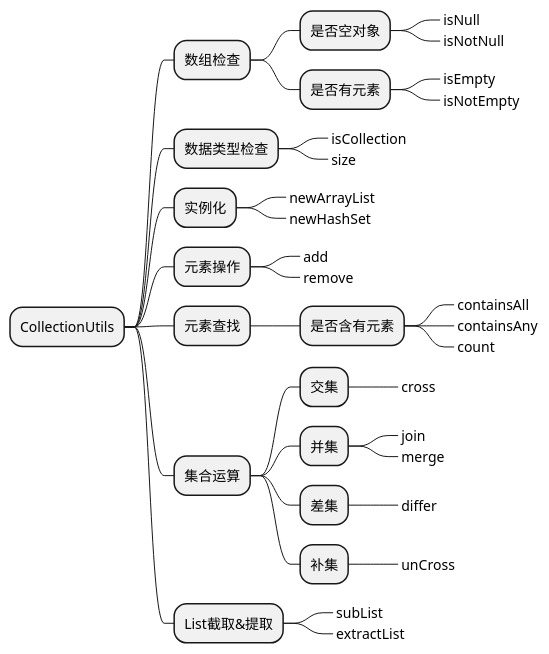
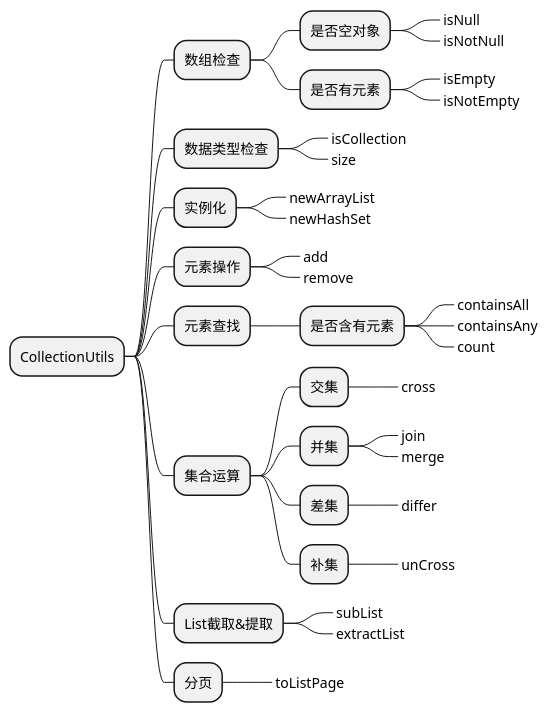
One commit to akudy/beehive-parent changed the diagram in beehive-core/src/main/resources/design-thought/util/CollectionUtils-function.puml. Above: the diagram before and after it, drawn with PlantUML. The commit also changed 10 other files, not shown here.

```diff
--- a/beehive-core/src/main/resources/design-thought/util/CollectionUtils-function.puml
+++ b/beehive-core/src/main/resources/design-thought/util/CollectionUtils-function.puml
@@ -1,45 +1,48 @@
 @startmindmap
 
 * CollectionUtils
 ** 数组检查
 ***  是否空对象
 ****_ isNull
 ****_ isNotNull
 *** 是否有元素
 ****_ isEmpty
 ****_ isNotEmpty
 
 ** 数据类型检查
 ***_ isCollection
 ***_ size
 
 ** 实例化
 ***_ newArrayList
 ***_ newHashSet
 
 ** 元素操作
 ***_ add
 ***_ remove
 
 ** 元素查找
 *** 是否含有元素
 ****_ containsAll
 ****_ containsAny
 ****_ count
 
 ** 集合运算
 *** 交集
 ****_ cross
 *** 并集
 ****_ join
 ****_ merge
 *** 差集
 ****_ differ
 *** 补集
 ****_ unCross
 
 ** List截取&提取
 ***_ subList
 ***_ extractList
 
+** 分页
+***_ toListPage
+
 @endmindmap
```
